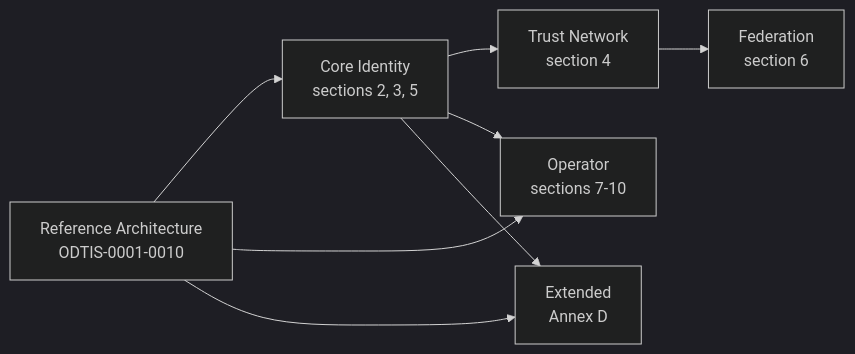
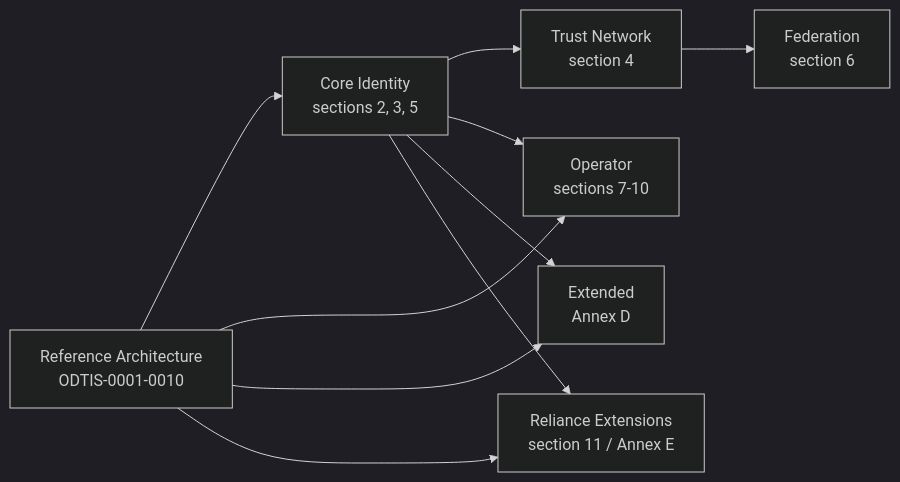
One commit to odtis/core-spec changed the fifth of 8 diagrams in site/VISUAL-GUIDE.md. Above: the diagram before and after it, drawn with Mermaid (dark theme). The commit also changed other lines of this file and 38 other files, not shown here.

First line of the commit message:
Align diagrams and docs with Reliance Extensions and current metrics.

````diff
--- a/site/VISUAL-GUIDE.md
+++ b/site/VISUAL-GUIDE.md
@@ -156,16 +156,19 @@
 ```mermaid
 flowchart LR
  RA[Reference Architecture<br/>ODTIS-0001-0010]
  CI[Core Identity<br/>sections 2, 3, 5]
  TN[Trust Network<br/>section 4]
  FED[Federation<br/>section 6]
  OP[Operator<br/>sections 7-10]
  EXT[Extended<br/>Annex D]
+ REL[Reliance Extensions<br/>section 11 / Annex E]
 
  RA --> CI
  CI --> TN --> FED
  RA --> OP
  CI --> OP
  RA --> EXT
  CI --> EXT
+ RA --> REL
+ CI --> REL
 ```
````
